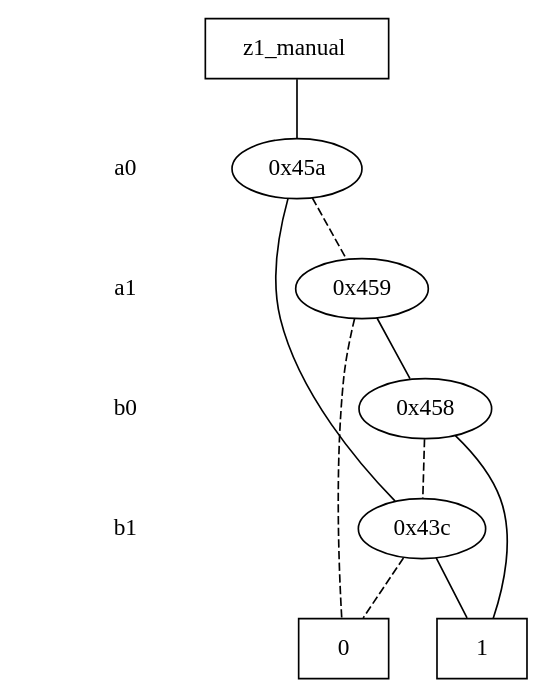
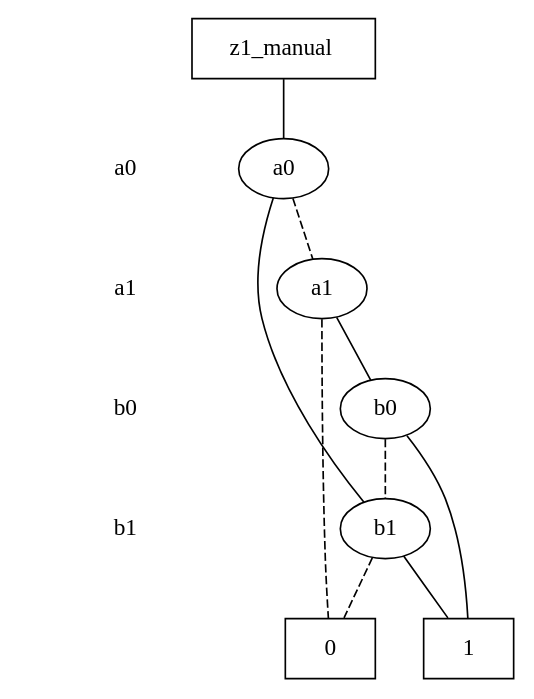
The diagram in zdd_plots/z1_manual_zdd.dot (NathanNator/ECE6745_Final_Project), drawn with Graphviz before and after one commit. The commit also changed 12 other files, not shown here.

```diff
--- a/zdd_plots/z1_manual_zdd.dot
+++ b/zdd_plots/z1_manual_zdd.dot
@@ -1,40 +1,40 @@
 digraph "ZDD" {
 size = "7.5,10"
 center = true;
 edge [dir = none];
 { node [shape = plaintext];
   edge [style = invis];
   "CONST NODES" [style = invis];
 " a0 " -> " a1 " -> " b0 " -> " b1 " -> "CONST NODES"; 
 }
 { rank = same; node [shape = box]; edge [style = invis];
 "  z1_manual  "; }
 { rank = same; " a0 ";
-"0x45a";
+"a0";
 }
 { rank = same; " a1 ";
-"0x459";
+"a1";
 }
 { rank = same; " b0 ";
-"0x458";
+"b0";
 }
 { rank = same; " b1 ";
-"0x43c";
+"b1";
 }
 { rank = same; "CONST NODES";
 { node [shape = box]; "0x1fd";
 "0x1fc";
 }
 }
-"  z1_manual  " -> "0x45a" [style = solid];
-"0x45a" -> "0x43c";
-"0x45a" -> "0x459" [style = dashed];
-"0x459" -> "0x458";
-"0x459" -> "0x1fd" [style = dashed];
-"0x458" -> "0x1fc";
-"0x458" -> "0x43c" [style = dashed];
-"0x43c" -> "0x1fc";
-"0x43c" -> "0x1fd" [style = dashed];
+"  z1_manual  " -> "a0" [style = solid];
+"a0" -> "b1";
+"a0" -> "a1" [style = dashed];
+"a1" -> "b0";
+"a1" -> "0x1fd" [style = dashed];
+"b0" -> "0x1fc";
+"b0" -> "b1" [style = dashed];
+"b1" -> "0x1fc";
+"b1" -> "0x1fd" [style = dashed];
 "0x1fd" [label = "0"];
 "0x1fc" [label = "1"];
 }
```
